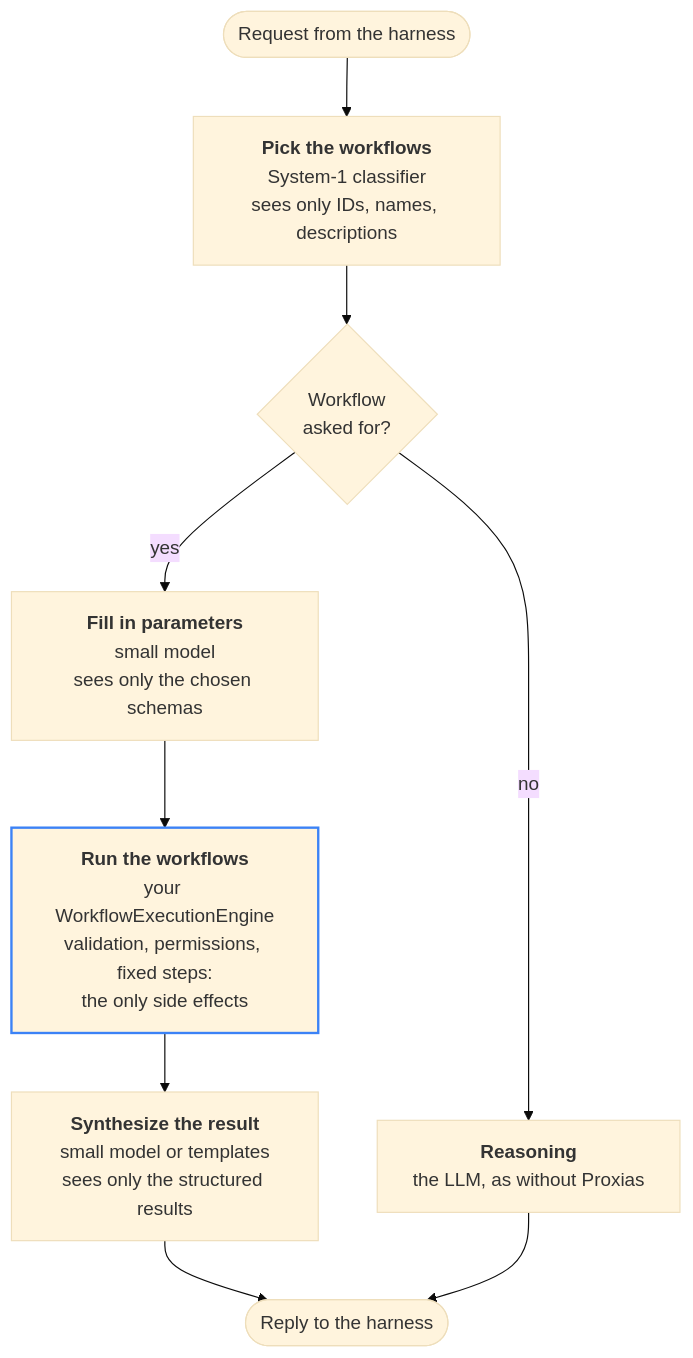
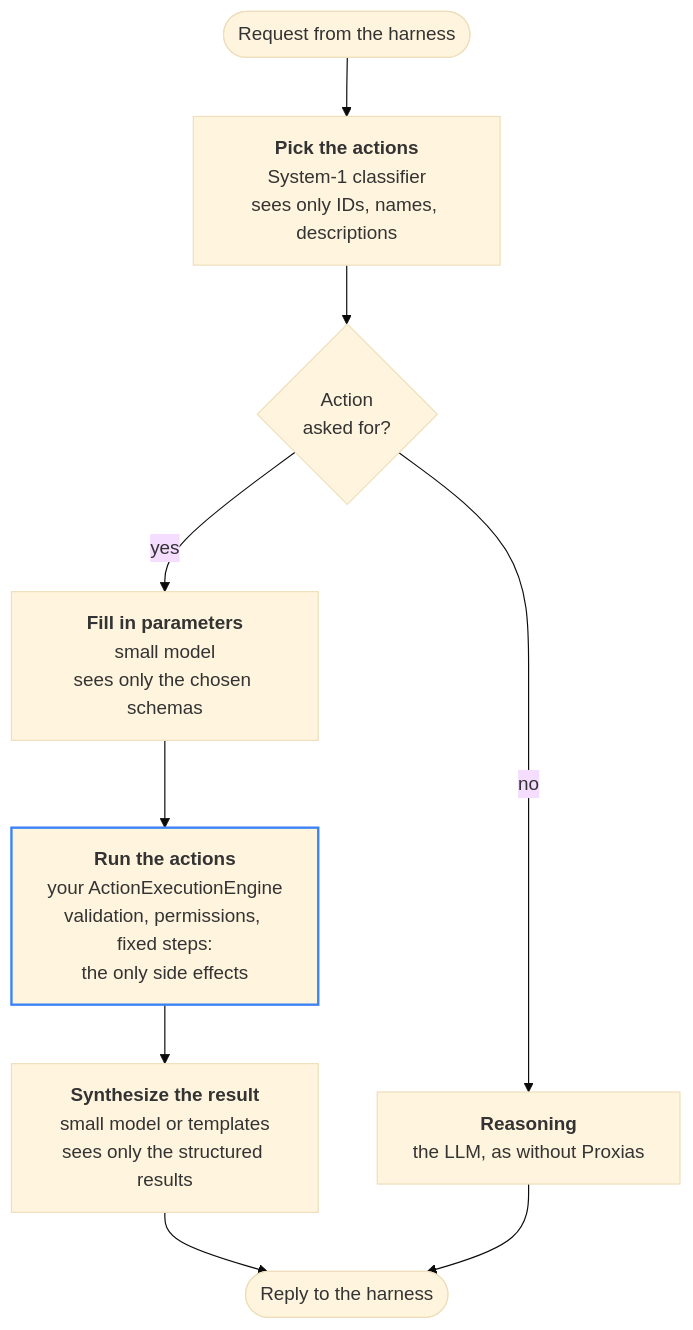
Before and after one commit to Morebec/proxias: the diagram in README.md, drawn with Mermaid (base theme). The commit also changed other lines of this file and 36 other files, not shown here.

First line of the commit message:
feat!: rename workflows to actions (#3)

````diff
--- a/README.md
+++ b/README.md
@@ -44,18 +44,18 @@
 ```mermaid
 flowchart TD
     request(["Request from the harness"])
-    select["<b>Pick the workflows</b><br/>System-1 classifier<br/>sees only IDs, names, descriptions"]
-    match{"Workflow<br/>asked for?"}
+    select["<b>Pick the actions</b><br/>System-1 classifier<br/>sees only IDs, names, descriptions"]
+    match{"Action<br/>asked for?"}
     extract["<b>Fill in parameters</b><br/>small model<br/>sees only the chosen schemas"]
-    run["<b>Run the workflows</b><br/>your WorkflowExecutionEngine<br/>validation, permissions, fixed steps:<br/>the only side effects"]
+    run["<b>Run the actions</b><br/>your ActionExecutionEngine<br/>validation, permissions, fixed steps:<br/>the only side effects"]
     synth["<b>Synthesize the result</b><br/>small model or templates<br/>sees only the structured results"]
     reason["<b>Reasoning</b><br/>the LLM, as without Proxias"]
     reply(["Reply to the harness"])
 
     request --> select --> match
     match -- yes --> extract --> run --> synth --> reply
     match -- no --> reason --> reply
 
     classDef effect stroke:#3b82f6,stroke-width:2px
     class run effect
 ```
````
